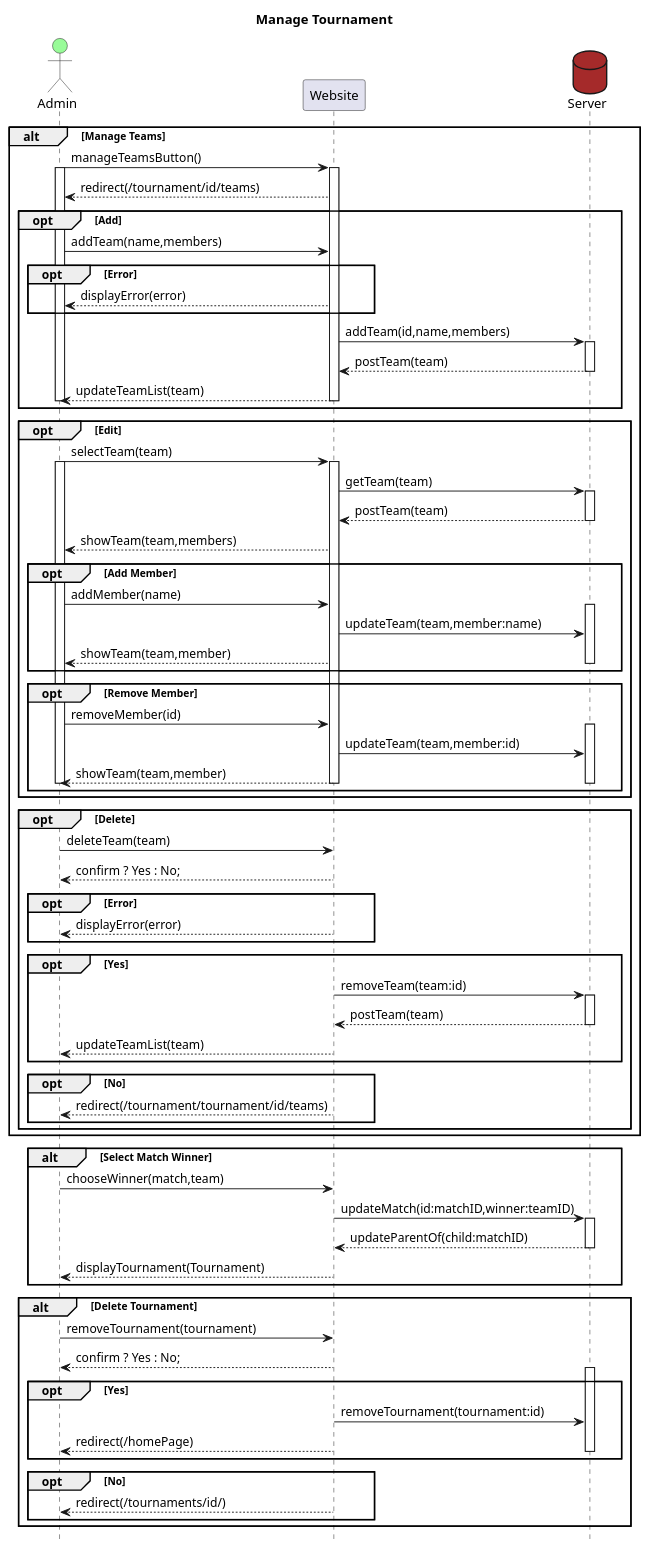
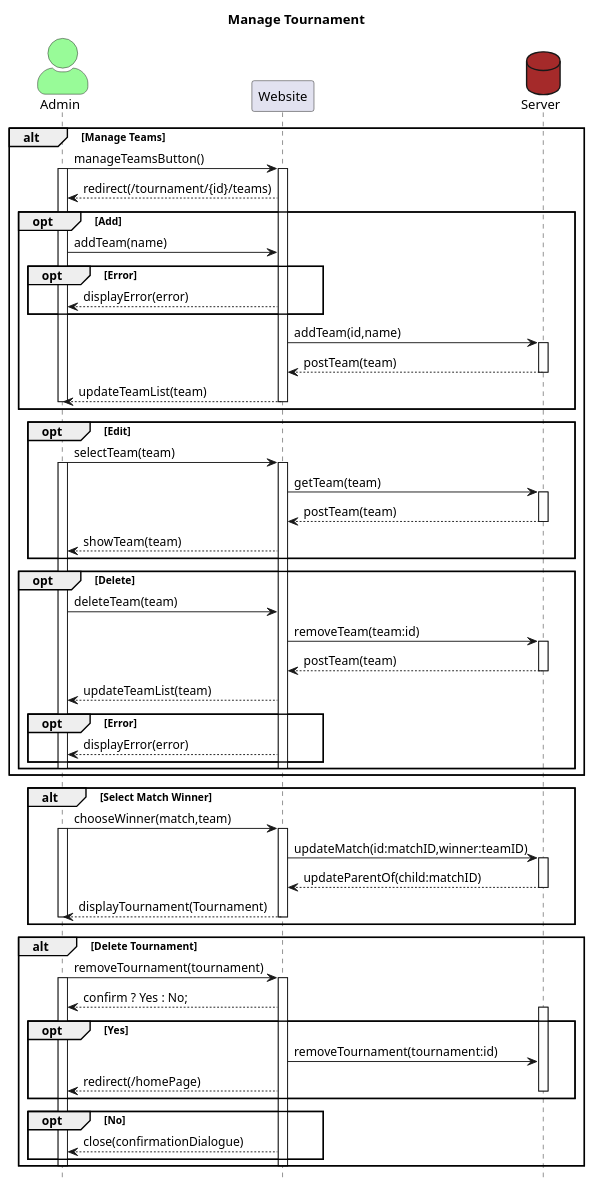
The diagram in documentation/sequence_diagrams/sequenceDiagramManage.puml (felixalbrigtsen/asura-tmdb), drawn with PlantUML before and after one commit. The commit also changed 7 other files, not shown here.

```diff
--- a/documentation/sequence_diagrams/sequenceDiagramManage.puml
+++ b/documentation/sequence_diagrams/sequenceDiagramManage.puml
@@ -1,101 +1,87 @@
 @startuml Manage Tournament
 title Manage Tournament
+skinparam actorStyle awesome
+
 Actor Admin #palegreen
 participant Website
 database Server #brown
 hide footbox
 
 alt Manage Teams
     Admin->Website: manageTeamsButton()
     activate Admin
     activate Website
-    Website-->Admin: redirect(/tournament/id/teams)
+    Website-->Admin: redirect(/tournament/{id}/teams)
         opt Add 
-            Admin->Website: addTeam(name,members)
+            Admin->Website: addTeam(name)
                 opt Error
                     Website-->Admin: displayError(error)
                 end
-            Website->Server: addTeam(id,name,members)
+            Website->Server: addTeam(id,name)
             activate Server
             Server-->Website: postTeam(team)
             deactivate Server
             Website-->Admin: updateTeamList(team)
             deactivate Admin
             deactivate Website
         end
     opt Edit
         Admin->Website: selectTeam(team)
         activate Admin
         activate Website
         Website->Server: getTeam(team)
         activate Server
         Server-->Website: postTeam(team)
         deactivate Server
-        Website-->Admin: showTeam(team,members)
-            opt Add Member 
-                Admin->Website: addMember(name)
-                activate Server
-                Website->Server: updateTeam(team,member:name) 
-                Website-->Admin: showTeam(team,member)
-                deactivate Server
-            end
-            opt Remove Member
-                Admin->Website: removeMember(id)
-                activate Server
-                Website->Server: updateTeam(team,member:id)
-                Website-->Admin: showTeam(team,member)
-                deactivate Server
-                deactivate Admin
-                deactivate Website
-            end
-        
+        Website-->Admin: showTeam(team)      
     end
 
     opt Delete
     activate Admin
     activate Website
         Admin->Website: deleteTeam(team)
-        Website-->Admin: confirm ? Yes : No;
-                opt Error
-                    Website-->Admin: displayError(error)
-                end
-            opt Yes
-                Website->Server: removeTeam(team:id)
-                activate Server
-                Server-->Website: postTeam(team)
-                deactivate Server
-                Website-->Admin: updateTeamList(team)
-            end
-            opt No
-                Website-->Admin: redirect(/tournament/tournament/id/teams)
-            end
-        deactivate Admin
-        deactivate Website
+        Website->Server: removeTeam(team:id)
+            activate Server
+            Server-->Website: postTeam(team)
+            deactivate Server
+            Website-->Admin: updateTeamList(team)
+        opt Error
+            Website-->Admin: displayError(error)
+        end
+    deactivate Admin
+    deactivate Website
     end
 end
 
 alt Select Match Winner
     Admin->Website: chooseWinner(match,team)
+    activate Admin
+    activate Website
     Website->Server: updateMatch(id:matchID,winner:teamID)
-activate Server
-    Server-->Website: updateParentOf(child:matchID)
-deactivate Server
+    activate Server
+        Server-->Website: updateParentOf(child:matchID)
+    deactivate Server
     Website-->Admin: displayTournament(Tournament)
+deactivate Admin
+deactivate Website
 end
 
 alt Delete Tournament
     Admin->Website: removeTournament(tournament)
+    activate Admin
+    activate Website
     Website-->Admin: confirm ? Yes : No; 
     opt Yes 
         activate Server
         Website->Server: removeTournament(tournament:id)
         Website-->Admin: redirect(/homePage)
         deactivate Server
     end
     opt No
-        Website-->Admin: redirect(/tournaments/id/)
+        Website-->Admin: close(confirmationDialogue)
     end
     deactivate Admin
     deactivate Website
 end
+
 @enduml
```
